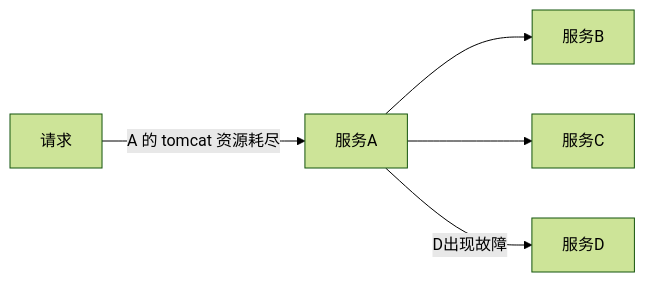
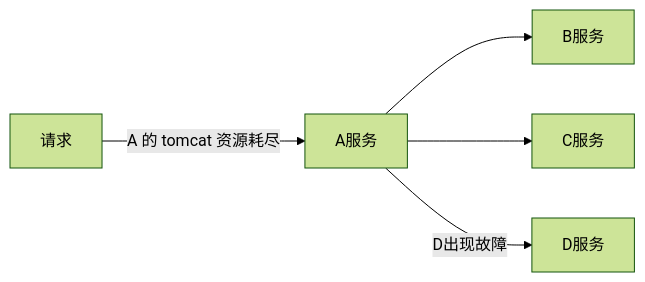
The second of 4 diagrams in microservice/SpringCloud.md (csliujw/CodeNotes), drawn with Mermaid (forest theme) before and after one commit. The commit also changed other lines of this file and 17 other files, not shown here.

````diff
--- a/microservice/SpringCloud.md
+++ b/microservice/SpringCloud.md
@@ -2123,7 +2135,7 @@
 ```mermaid
 graph LR
-请求-->|A 的 tomcat 资源耗尽|服务A
-服务A-->服务B
-服务A-->服务C
-服务A-->|D出现故障|服务D
+请求-->|A 的 tomcat 资源耗尽|A服务
+A服务-->B服务
+A服务-->C服务
+A服务-->|D出现故障|D服务
 ```
````
